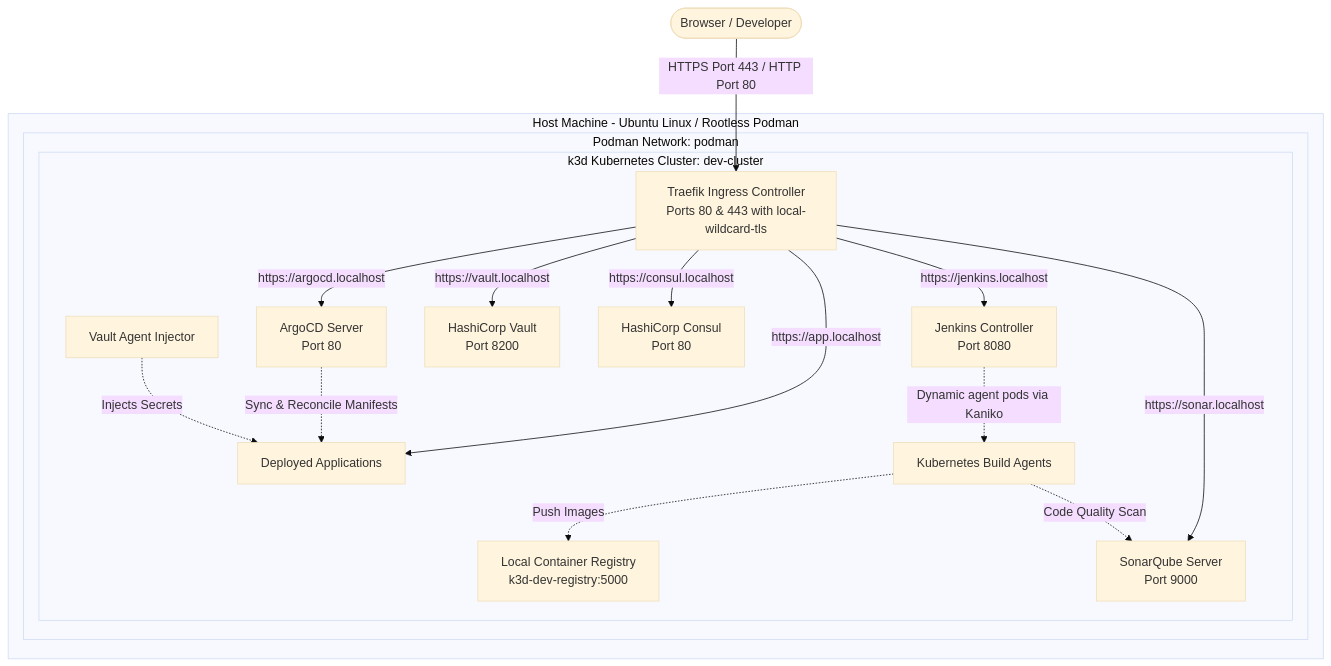
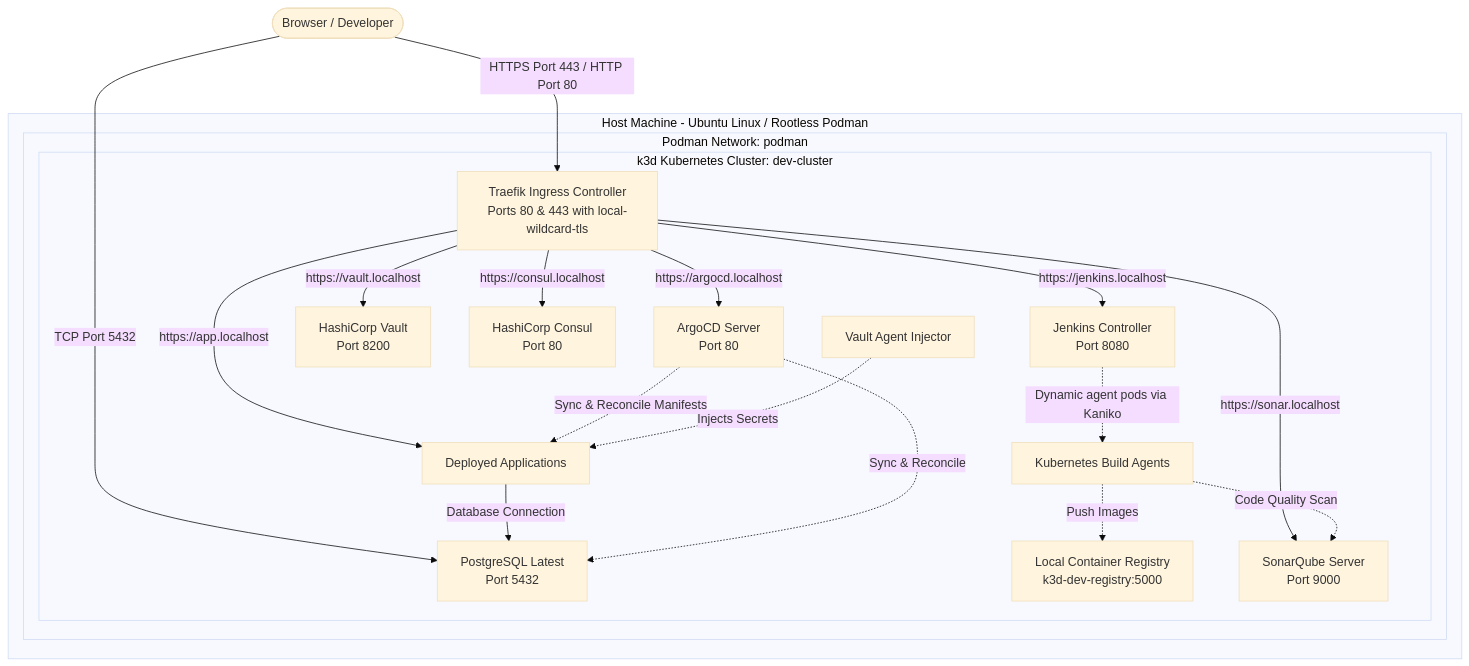
Before and after one commit to edmaputra/ed-devops: the diagram in docs/SETUP_GUIDE.md, drawn with Mermaid (base theme). The commit also changed other lines of this file and 15 other files, not shown here.

First line of the commit message:
feat: add PostgreSQL latest, HashiCorp Vault/Consul integration, and decoupled app manifests

````diff
--- a/docs/SETUP_GUIDE.md
+++ b/docs/SETUP_GUIDE.md
@@ -9,26 +9,30 @@
 ```mermaid
 graph TD
     User([Browser / Developer]) -->|HTTPS Port 443 / HTTP Port 80| Traefik[Traefik Ingress Controller<br/>Ports 80 & 443 with local-wildcard-tls]
+    User -->|TCP Port 5432| Postgres[PostgreSQL Latest<br/>Port 5432]
     
     subgraph Host [Host Machine - Ubuntu Linux / Rootless Podman]
         subgraph PodmanNet [Podman Network: podman]
             Reg[Local Container Registry<br/>k3d-dev-registry:5000]
             
             subgraph K3sCluster [k3d Kubernetes Cluster: dev-cluster]
                 Traefik -->|https://jenkins.localhost| Jenkins[Jenkins Controller<br/>Port 8080]
                 Traefik -->|https://argocd.localhost| ArgoCD[ArgoCD Server<br/>Port 80]
                 Traefik -->|https://sonar.localhost| SonarQube[SonarQube Server<br/>Port 9000]
                 Traefik -->|https://vault.localhost| Vault[HashiCorp Vault<br/>Port 8200]
                 Traefik -->|https://consul.localhost| Consul[HashiCorp Consul<br/>Port 80]
                 Traefik -->|https://app.localhost| Apps[Deployed Applications]
                 
+                Apps -->|Database Connection| Postgres
+                
                 Jenkins -.->|Dynamic agent pods via Kaniko| K8sAgents[Kubernetes Build Agents]
                 K8sAgents -.->|Code Quality Scan| SonarQube
                 K8sAgents -.->|Push Images| Reg
                 
                 ArgoCD -.->|Sync & Reconcile Manifests| Apps
+                ArgoCD -.->|Sync & Reconcile| Postgres
                 VaultInjector[Vault Agent Injector] -.->|Injects Secrets| Apps
             end
         end
     end
 ```
````
